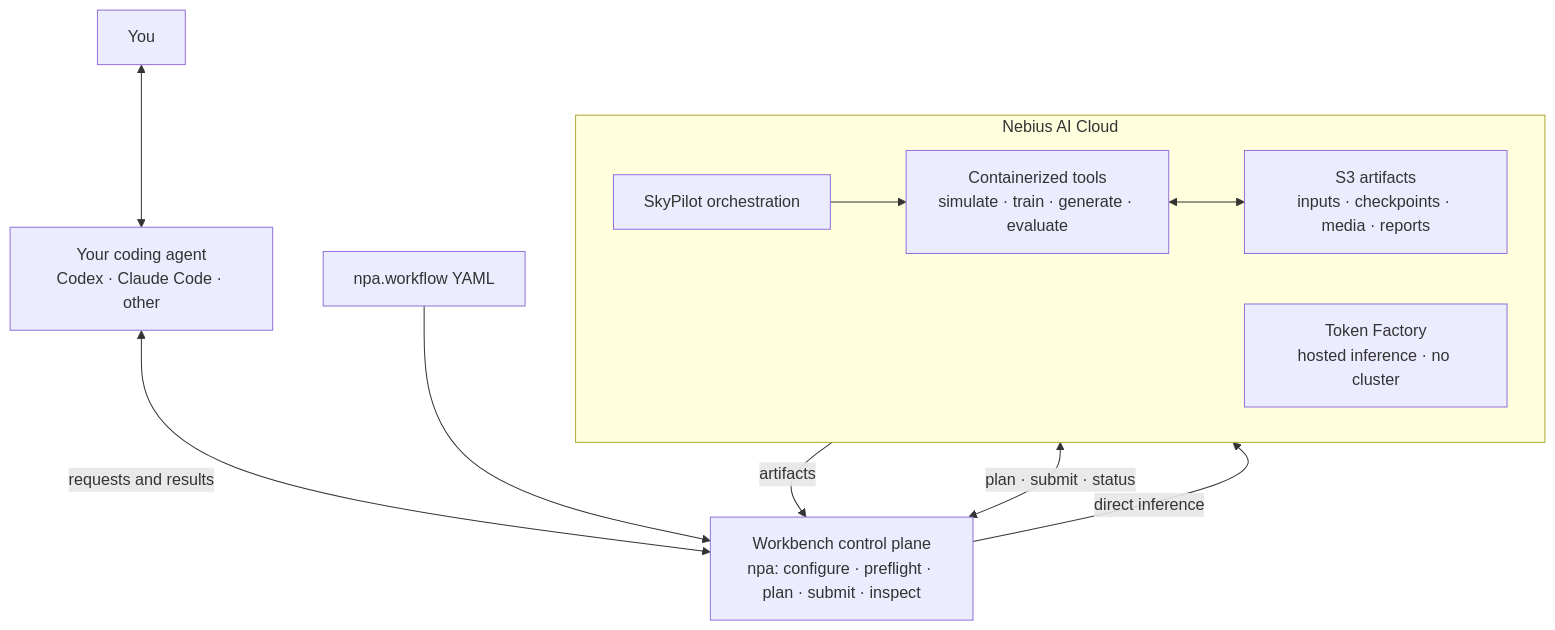
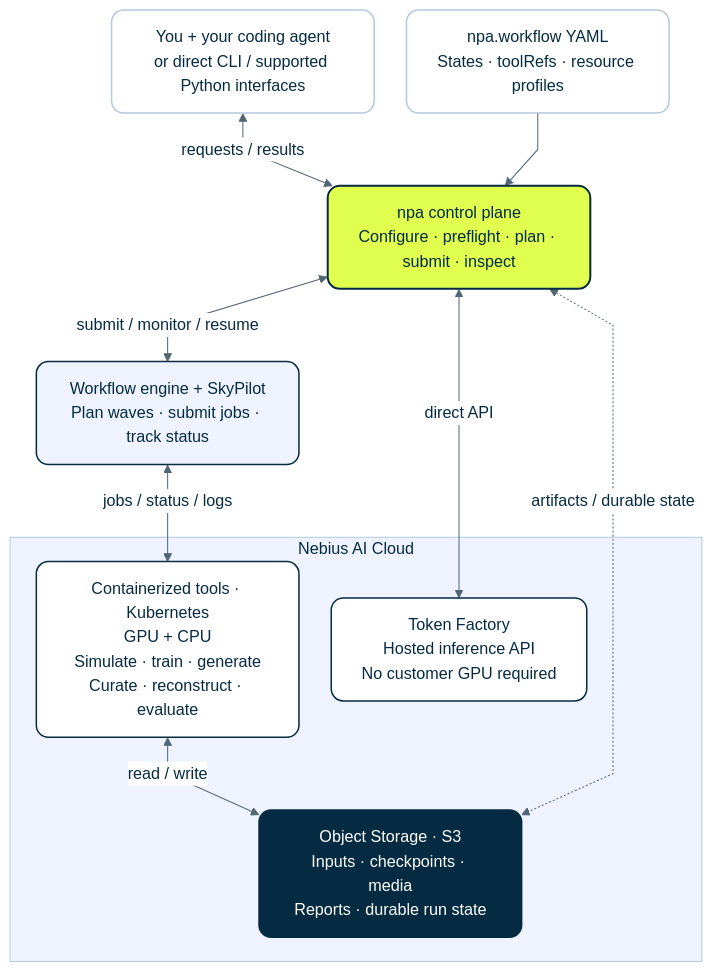
Before and after one commit to nebius/nebius-physical-ai: the diagram in README.md, drawn with Mermaid. The commit also changed other lines of this file and 2 other files, not shown here.

Commit message:
Refresh README architecture diagrams for the current workbench

````diff
--- a/README.md
+++ b/README.md
@@ -41,17 +41,37 @@
 ```mermaid
+%%{init: {"theme": "base", "fontFamily": "Arial, sans-serif", "themeVariables": {"fontFamily": "Arial, sans-serif", "fontSize": "16px", "primaryColor": "#E0FF4F", "primaryTextColor": "#052B42", "primaryBorderColor": "#052B42", "lineColor": "#526575", "edgeLabelBackground": "#FFFFFF", "clusterBkg": "#EEF3FF", "clusterBorder": "#B4C9DC", "clusterTextColor": "#052B42", "tertiaryTextColor": "#052B42"}, "flowchart": {"htmlLabels": true, "curve": "linear", "nodeSpacing": 32, "rankSpacing": 48}}}%%
 flowchart TB
-    you["You"] <--> agent["Your coding agent<br/>Codex · Claude Code · other"]
-    agent <-->|"requests and results"| npa["Workbench control plane<br/>npa: configure · preflight · plan · submit · inspect"]
-    spec["npa.workflow YAML"] --> npa
+    accTitle: How Workbench runs a task on Nebius
+    accDescr: You use a coding agent or the CLI and supported Python interfaces to control npa. Workflow YAML drives the workflow engine and SkyPilot, which launch containerized GPU and CPU jobs on Nebius Kubernetes. Tools read and write S3 artifacts; npa reads and writes durable run state. Token Factory is a separate hosted inference API. Results return through npa for inspection.
+
+    access["You + your coding agent<br/>or direct CLI / supported Python interfaces"]
+    control["npa control plane<br/>Configure · preflight · plan · submit · inspect"]
+    spec["npa.workflow YAML<br/>States · toolRefs · resource profiles"]
+    workflow["Workflow engine + SkyPilot<br/>Plan waves · submit jobs · track status"]
+
+    access <-->|"requests / results"| control
+    spec --> control
+    control <-->|"submit / monitor / resume"| workflow
 
     subgraph nebius["Nebius AI Cloud"]
-        direction LR
-        sky["SkyPilot orchestration"] --> tools["Containerized tools<br/>simulate · train · generate · evaluate"]
-        tools <--> s3["S3 artifacts<br/>inputs · checkpoints · media · reports"]
-        tf["Token Factory<br/>hosted inference · no cluster"]
+        tools["Containerized tools · Kubernetes<br/>GPU + CPU<br/>Simulate · train · generate<br/>Curate · reconstruct · evaluate"]
+        storage["Object Storage · S3<br/>Inputs · checkpoints · media<br/>Reports · durable run state"]
+        hosted["Token Factory<br/>Hosted inference API<br/>No customer GPU required"]
+        tools <-->|"read / write"| storage
     end
 
-    npa <-->|"plan · submit · status"| sky
-    npa -->|"direct inference"| tf
-    s3 -->|"artifacts"| npa
+    workflow <-->|"jobs / status / logs"| tools
+    control <-->|"direct API"| hosted
+    control <-.->|"artifacts / durable state"| storage
+
+    classDef access fill:#FFFFFF,stroke:#B4C9DC,color:#052B42,stroke-width:1.5px,rx:12,ry:12;
+    classDef control fill:#E0FF4F,stroke:#052B42,color:#052B42,stroke-width:2px,rx:12,ry:12;
+    classDef orchestration fill:#EEF3FF,stroke:#052B42,color:#052B42,stroke-width:1.5px,rx:12,ry:12;
+    classDef service fill:#FFFFFF,stroke:#052B42,color:#052B42,stroke-width:1.5px,rx:12,ry:12;
+    classDef data fill:#052B42,stroke:#052B42,color:#FFFFFF,stroke-width:1.5px,rx:12,ry:12;
+    class access,spec access;
+    class control control;
+    class workflow orchestration;
+    class tools,hosted service;
+    class storage data;
 ```
````
